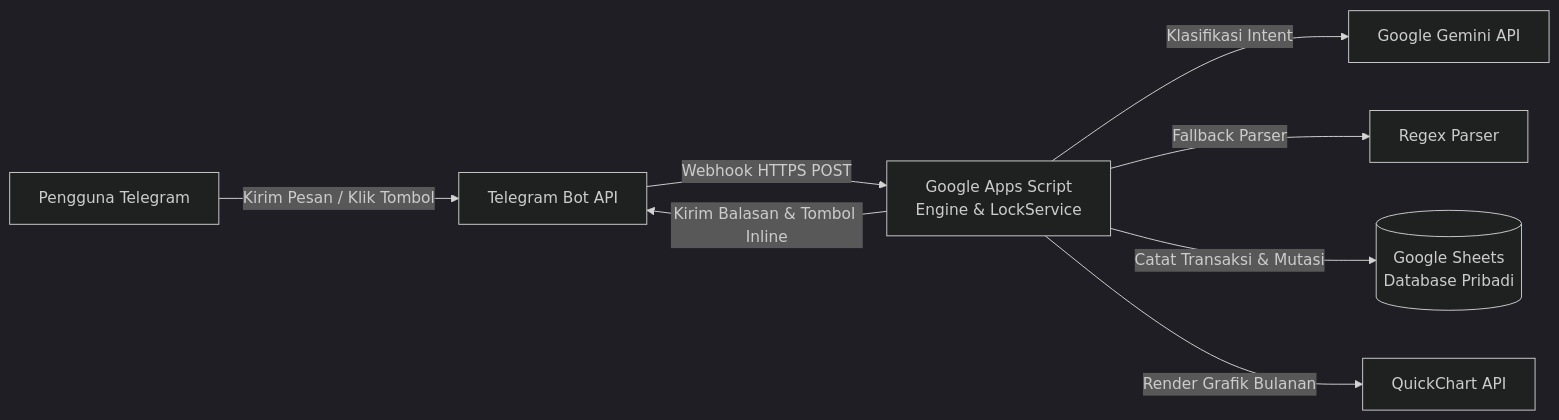
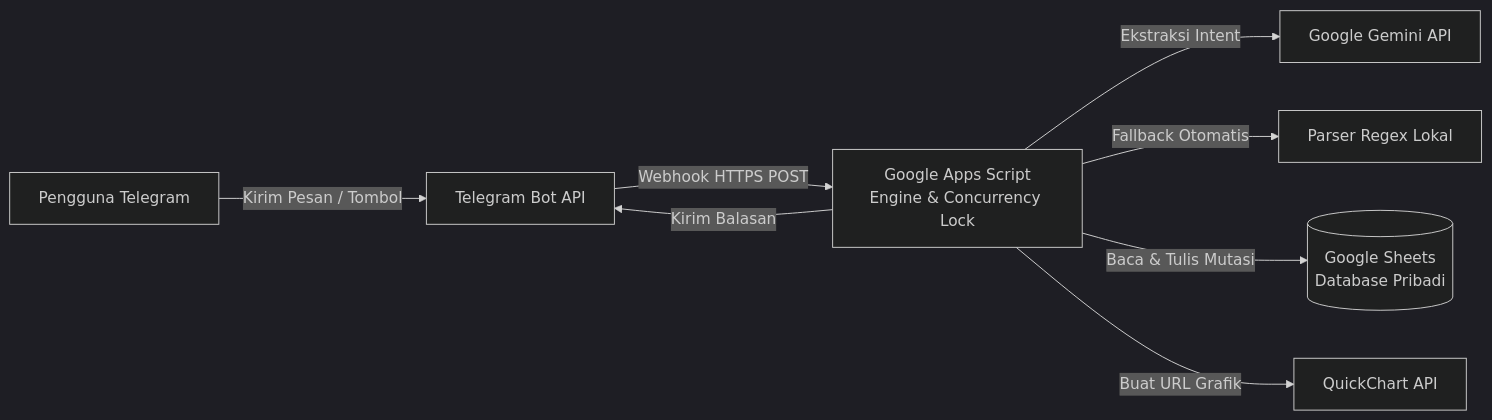
The diagram in README.md (bushidoways/ledgerflow), drawn with Mermaid (dark theme) before and after one commit. The commit also changed other lines of this file, not shown here.

````diff
--- a/README.md
+++ b/README.md
@@ -51,10 +52,10 @@
 ```mermaid
 flowchart LR
-    User[Pengguna Telegram] -->|Kirim Pesan / Klik Tombol| TG[Telegram Bot API]
-    TG -->|Webhook HTTPS POST| GAS[Google Apps Script\nEngine & LockService]
-    GAS -->|Klasifikasi Intent| AI[Google Gemini API]
-    GAS -->|Fallback Parser| Local[Regex Parser]
-    GAS -->|Catat Transaksi & Mutasi| Sheets[(Google Sheets\nDatabase Pribadi)]
-    GAS -->|Render Grafik Bulanan| QC[QuickChart API]
-    GAS -->|Kirim Balasan & Tombol Inline| TG
+    User[Pengguna Telegram] -->|Kirim Pesan / Tombol| TG[Telegram Bot API]
+    TG -->|Webhook HTTPS POST| GAS[Google Apps Script\nEngine & Concurrency Lock]
+    GAS -->|Ekstraksi Intent| AI[Google Gemini API]
+    GAS -->|Fallback Otomatis| Regex[Parser Regex Lokal]
+    GAS -->|Baca & Tulis Mutasi| Sheets[(Google Sheets\nDatabase Pribadi)]
+    GAS -->|Buat URL Grafik| QC[QuickChart API]
+    GAS -->|Kirim Balasan| TG
 ```
````
